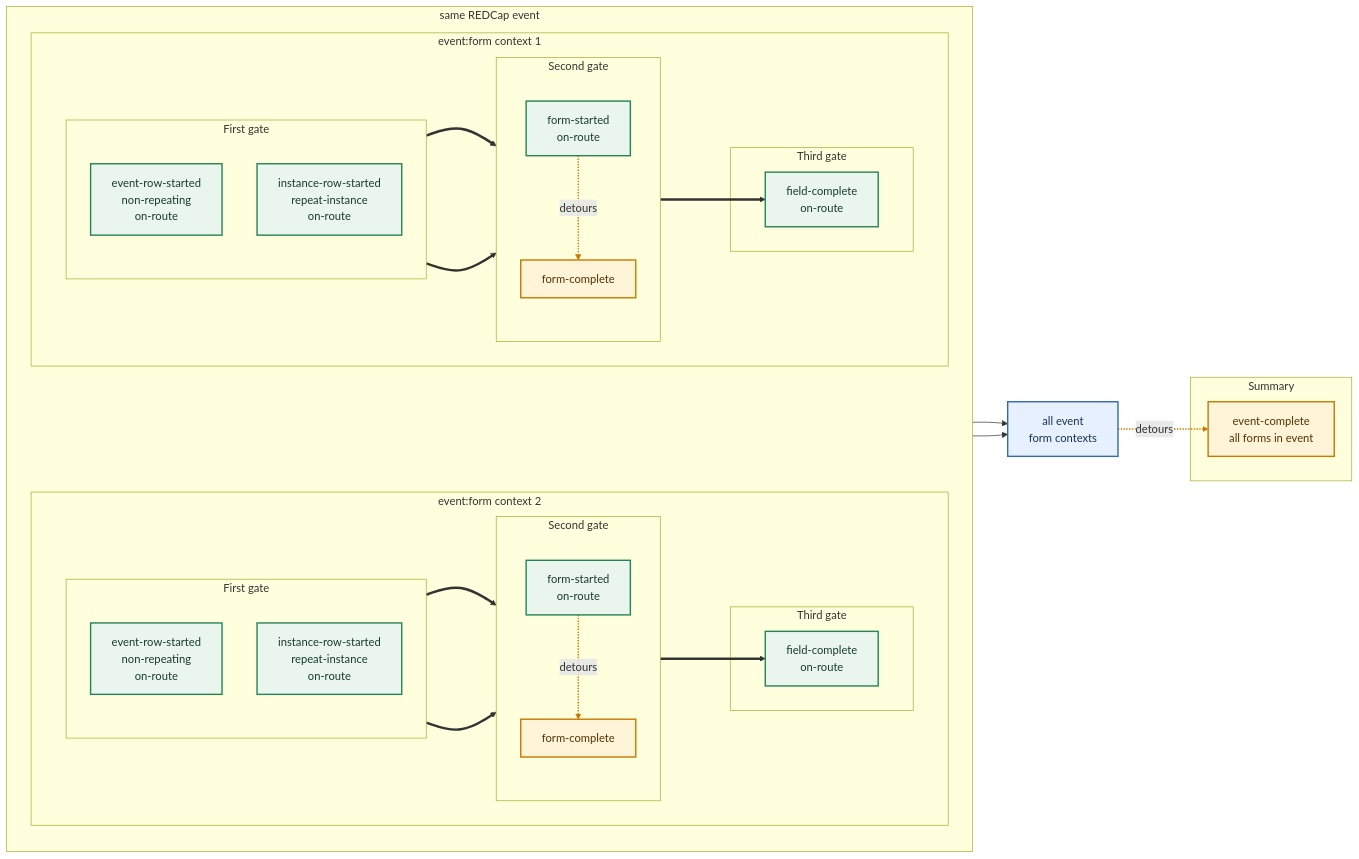
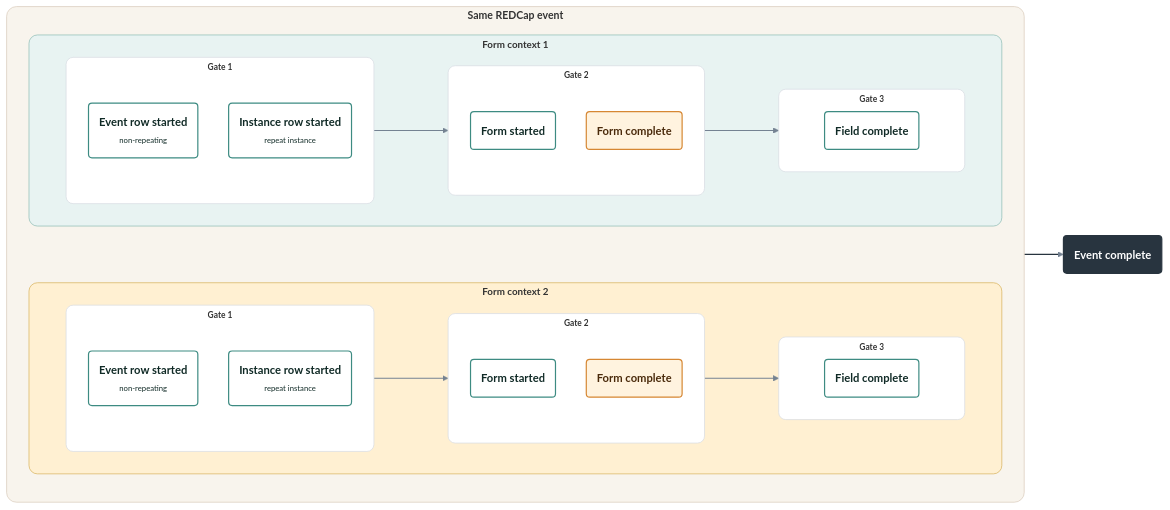
Before and after one commit to blankuzr/redcapmissing: the diagram in README.Rmd, drawn with Mermaid. The commit also changed 3 other files, not shown here.

Commit message:
Polish README validation diagram (#33)

````diff
--- a/README.Rmd
+++ b/README.Rmd
@@ -75,78 +75,75 @@
 ```mermaid
+%%{init: {"flowchart": {"curve": "monotoneX", "nodeSpacing": 44, "rankSpacing": 56}, "themeVariables": {"fontFamily": "Aptos, Segoe UI, Helvetica, Arial, sans-serif"}}}%%
 flowchart LR
-  subgraph EV["same REDCap event"]
+  subgraph EV["<span style='font-size:15px;font-weight:700'>Same REDCap event</span>"]
     direction TB
 
-    subgraph F1["event:form context 1"]
+    subgraph F1["<span style='font-size:14px;font-weight:700'>Form context 1</span>"]
       direction LR
-      subgraph G1A["First gate"]
+      subgraph G1A["<span style='font-size:12px;font-weight:700'>Gate 1</span>"]
         direction TB
-        A1["event-row-started<br/>non-repeating<br/>on-route"]
-        B1["instance-row-started<br/>repeat-instance<br/>on-route"]
+        A1("<span style='font-size:16px;font-weight:700'>Event row started</span><br/><span style='font-size:11px;color:#5f6f7c'>non-repeating</span>")
+        B1("<span style='font-size:16px;font-weight:700'>Instance row started</span><br/><span style='font-size:11px;color:#5f6f7c'>repeat instance</span>")
       end
 
-      subgraph G2A["Second gate"]
+      subgraph G2A["<span style='font-size:12px;font-weight:700'>Gate 2</span>"]
         direction TB
-        C1["form-started<br/>on-route"]
-        D1["form-complete"]
+        C1("<span style='font-size:16px;font-weight:700'>Form started</span>")
+        D1("<span style='font-size:16px;font-weight:700'>Form complete</span>")
       end
 
-      subgraph G3A["Third gate"]
-        E1["field-complete<br/>on-route"]
+      subgraph G3A["<span style='font-size:12px;font-weight:700'>Gate 3</span>"]
+        E1("<span style='font-size:16px;font-weight:700'>Field complete</span>")
       end
     end
 
-    H[" "]
-
-    subgraph F2["event:form context 2"]
+    subgraph F2["<span style='font-size:14px;font-weight:700'>Form context 2</span>"]
       direction LR
-      subgraph G1B["First gate"]
+      subgraph G1B["<span style='font-size:12px;font-weight:700'>Gate 1</span>"]
         direction TB
-        A2["event-row-started<br/>non-repeating<br/>on-route"]
-        B2["instance-row-started<br/>repeat-instance<br/>on-route"]
+        A2("<span style='font-size:16px;font-weight:700'>Event row started</span><br/><span style='font-size:11px;color:#5f6f7c'>non-repeating</span>")
+        B2("<span style='font-size:16px;font-weight:700'>Instance row started</span><br/><span style='font-size:11px;color:#5f6f7c'>repeat instance</span>")
       end
 
-      subgraph G2B["Second gate"]
+      subgraph G2B["<span style='font-size:12px;font-weight:700'>Gate 2</span>"]
         direction TB
-        C2["form-started<br/>on-route"]
-        D2["form-complete"]
+        C2("<span style='font-size:16px;font-weight:700'>Form started</span>")
+        D2("<span style='font-size:16px;font-weight:700'>Form complete</span>")
       end
 
-      subgraph G3B["Third gate"]
-        E2["field-complete<br/>on-route"]
+      subgraph G3B["<span style='font-size:12px;font-weight:700'>Gate 3</span>"]
+        E2("<span style='font-size:16px;font-weight:700'>Field complete</span>")
       end
     end
   end
 
-  subgraph G4["Summary"]
-    F["event-complete<br/>all forms in event"]
-  end
+  F("<span style='font-size:16px;font-weight:700'>Event complete</span>")
 
-  R["all event<br/>form contexts"]
+  G1A ==> G2A
+  G2A ==> G3A
 
-  A1 ==> C1
-  B1 ==> C1
-  C1 ==> E1
-  C1 -. "detours" .-> D1
+  G1B ==> G2B
+  G2B ==> G3B
 
-  A2 ==> C2
-  B2 ==> C2
-  C2 ==> E2
-  C2 -. "detours" .-> D2
+  F1 ~~~ F2
+  EV --> F
 
-  E1 --> R
-  E2 --> R
-  R -. "detours" .-> F
-  E1 ~~~ H
-  H ~~~ A2
-
-  classDef onRoute fill:#eaf5ee,stroke:#258457,color:#173b2b,stroke-width:2px;
-  classDef detour fill:#fff4d7,stroke:#c77900,color:#513300,stroke-width:2px;
-  classDef rollup fill:#e7f0ff,stroke:#3569a8,color:#183353,stroke-width:2px;
-  classDef hidden fill:transparent,stroke:transparent,color:transparent;
-  class A1,B1,C1,E1,A2,B2,C2,E2 onRoute;
-  class D1,D2,F detour;
-  class R rollup;
-  class H hidden;
-  linkStyle 3,7,10 stroke:#c77900,stroke-width:2px;
+  classDef check fill:#ffffff,stroke:#3d8b82,color:#102a26,stroke-width:1.7px;
+  classDef completion fill:#fff3df,stroke:#d68733,color:#4a2a0b,stroke-width:1.7px;
+  classDef final fill:#28343f,stroke:#28343f,color:#ffffff,stroke-width:1.7px;
+  class A1,B1,C1,E1,A2,B2,C2,E2 check;
+  class D1,D2 completion;
+  class F final;
+  style EV fill:#f8f4ed,stroke:#d8cabb,color:#28343f,rx:14,ry:14;
+  style F1 fill:#e8f3f2,stroke:#8bbab3,color:#163b45,rx:12,ry:12;
+  style F2 fill:#fff0d2,stroke:#d7b15a,color:#46320d,rx:12,ry:12;
+  style G1A fill:#ffffff,stroke:#d7dce2,color:#28343f,rx:10,ry:10;
+  style G2A fill:#ffffff,stroke:#d7dce2,color:#28343f,rx:10,ry:10;
+  style G3A fill:#ffffff,stroke:#d7dce2,color:#28343f,rx:10,ry:10;
+  style G1B fill:#ffffff,stroke:#d7dce2,color:#28343f,rx:10,ry:10;
+  style G2B fill:#ffffff,stroke:#d7dce2,color:#28343f,rx:10,ry:10;
+  style G3B fill:#ffffff,stroke:#d7dce2,color:#28343f,rx:10,ry:10;
+  linkStyle default stroke:#748292,stroke-width:1.5px;
+  linkStyle 4 stroke:transparent,stroke-width:0px;
+  linkStyle 5 stroke:#28343f,stroke-width:2px;
 ```
````
